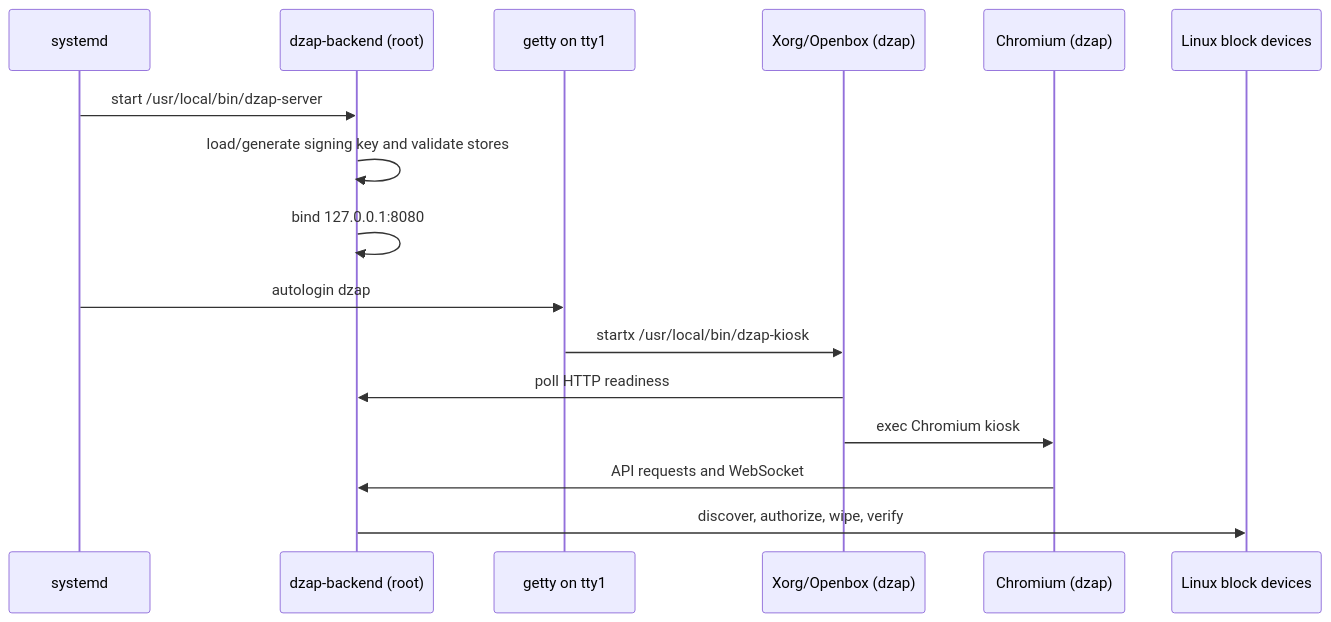
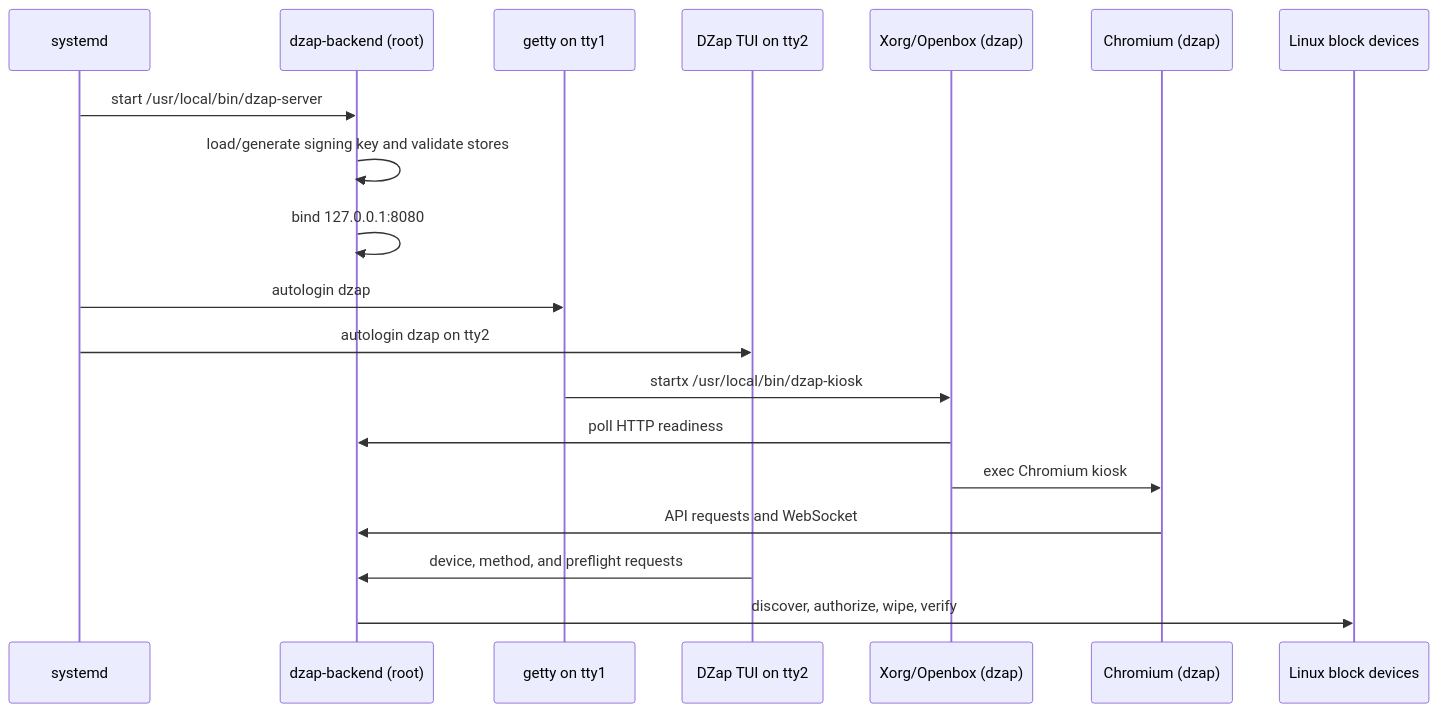
One commit to AceofStades/DZap changed the diagram in docs/architecture.md. Above: the diagram before and after it, drawn with Mermaid. The commit also changed other lines of this file and 14 other files, not shown here.

````diff
--- a/docs/architecture.md
+++ b/docs/architecture.md
@@ -11,19 +11,22 @@
 ```mermaid
 sequenceDiagram
     participant S as systemd
     participant B as dzap-backend (root)
     participant G as getty on tty1
+    participant T as DZap TUI on tty2
     participant X as Xorg/Openbox (dzap)
     participant C as Chromium (dzap)
     participant D as Linux block devices
 
     S->>B: start /usr/local/bin/dzap-server
     B->>B: load/generate signing key and validate stores
     B->>B: bind 127.0.0.1:8080
     S->>G: autologin dzap
+    S->>T: autologin dzap on tty2
     G->>X: startx /usr/local/bin/dzap-kiosk
     X->>B: poll HTTP readiness
     X->>C: exec Chromium kiosk
     C->>B: API requests and WebSocket
+    T->>B: device, method, and preflight requests
     B->>D: discover, authorize, wipe, verify
 ```
````
